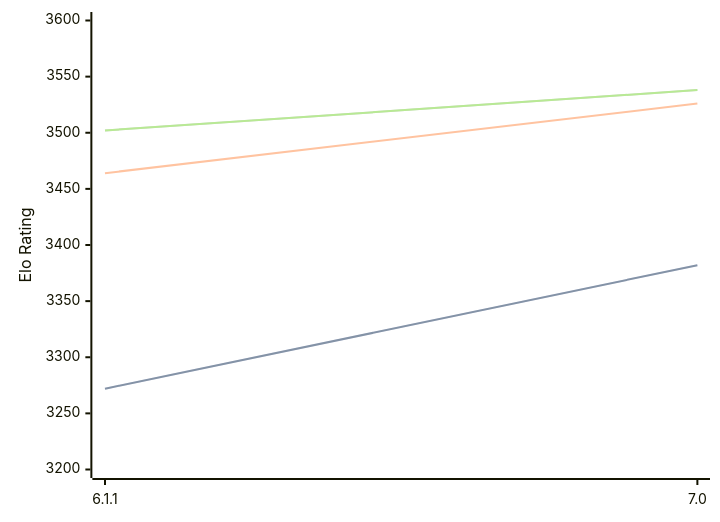
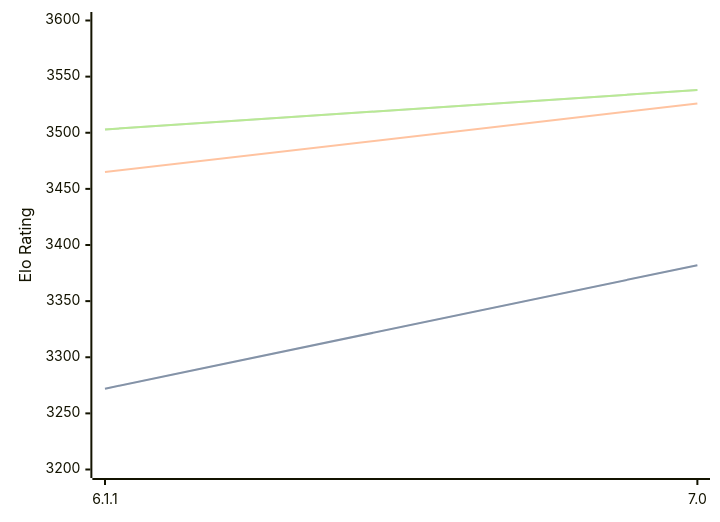
Before and after one commit to computer-chess-index/cci: the diagram in engines/Astra.md, drawn with Mermaid. The commit also changed other lines of this file, not shown here.

Commit message:
Update CCI Ratings (ELO VLTC) - 2026-08-10

````diff
--- a/engines/Astra.md
+++ b/engines/Astra.md
@@ -32,11 +32,11 @@
 ```mermaid
 %%{init: {"theme":"base","themeVariables":{"seriesColors:['#a3a3a3','#222221','#faa371']}}}%%
 xychart-beta
   x-axis ["6.1.1", "7.0"]
   y-axis "Elo Rating" 3200 --> 3600
   line "STC (8.0+0.08s)" [3272, 3382]
   line "STC (8.0+0.08s)" [3272, 3382]
-  line "LTC (60.0+0.60s)" [3464, 3526]
-  line "VLTC (2m24s+1.12s)" [3502, 3538]
-  line "VLTC (2m24s+1.12s)" [3502, 3538]
+  line "LTC (60.0+0.60s)" [3465, 3526]
+  line "VLTC (2m24s+1.12s)" [3503, 3538]
+  line "VLTC (2m24s+1.12s)" [3503, 3538]
 ```
````
